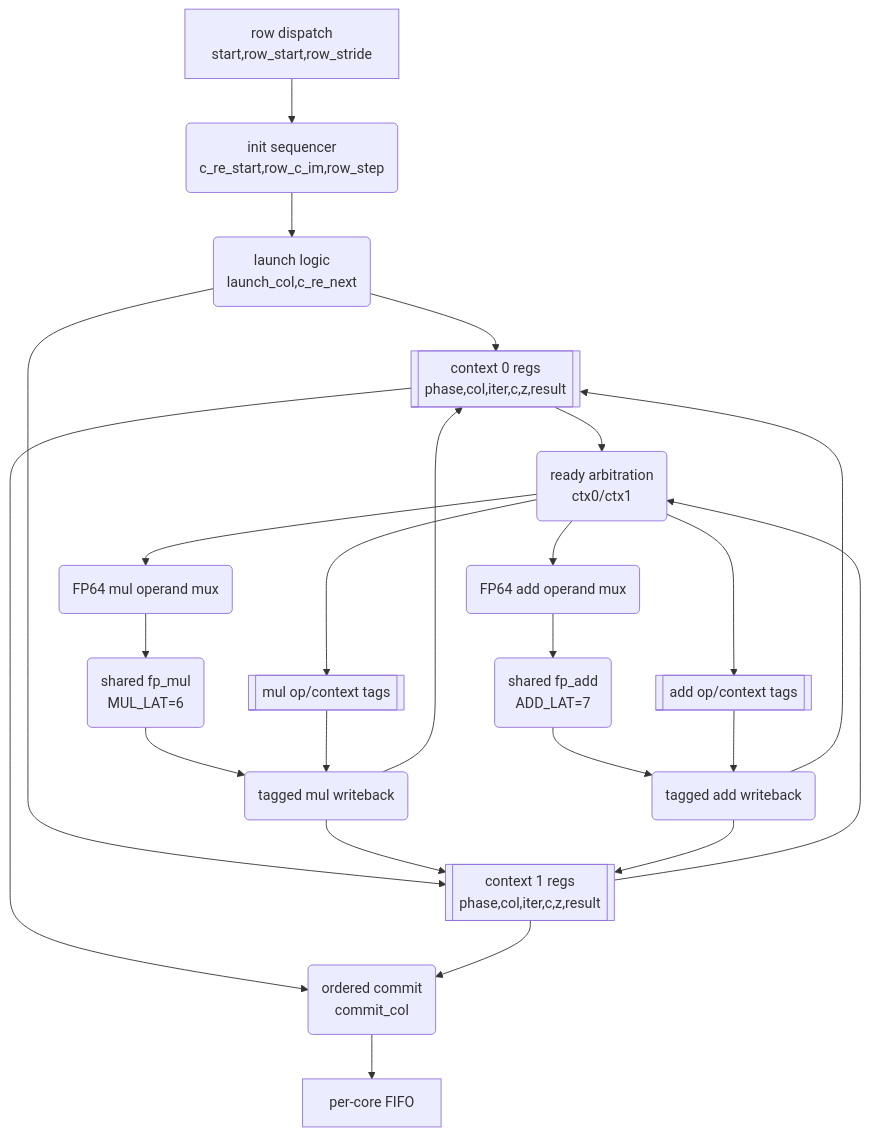
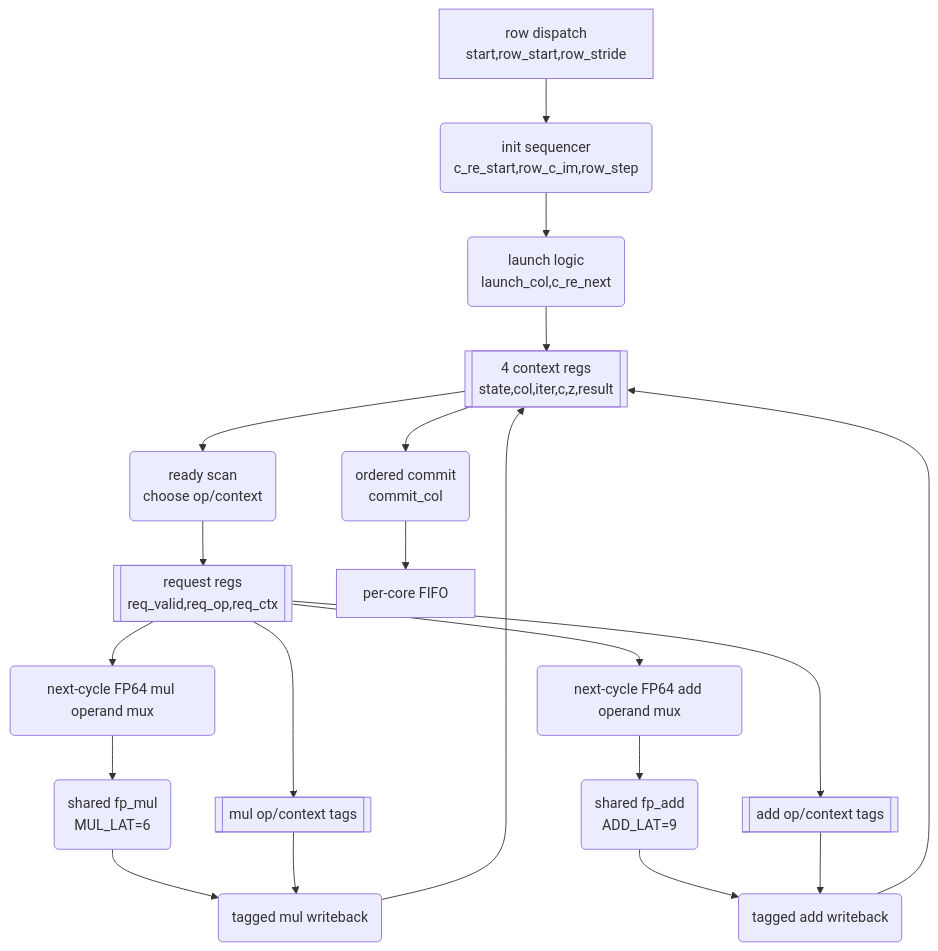
The diagram in doc/ARCHITECTURE_CN.md (RESBI/FPGA-Mandelbrot-Demo), drawn with Mermaid before and after one commit. The commit also changed other lines of this file and 27 other files, not shown here.

````diff
--- a/doc/ARCHITECTURE_CN.md
+++ b/doc/ARCHITECTURE_CN.md
@@ -107,26 +140,22 @@
 ```mermaid
 flowchart TB
     DISPATCH["row dispatch<br/>start,row_start,row_stride"] --> INIT("init sequencer<br/>c_re_start,row_c_im,row_step")
     INIT --> LAUNCH("launch logic<br/>launch_col,c_re_next")
-    LAUNCH --> C0[["context 0 regs<br/>phase,col,iter,c,z,result"]]
-    LAUNCH --> C1[["context 1 regs<br/>phase,col,iter,c,z,result"]]
-    C0 --> ARB("ready arbitration<br/>ctx0/ctx1")
-    C1 --> ARB
-    ARB --> MUXM("FP64 mul operand mux")
-    ARB --> MUXA("FP64 add operand mux")
+    LAUNCH --> CTX[["4 context regs<br/>state,col,iter,c,z,result"]]
+    CTX --> ARB("ready scan<br/>choose op/context")
+    ARB --> REQ[["request regs<br/>req_valid,req_op,req_ctx"]]
+    REQ --> MUXM("next-cycle FP64 mul operand mux")
+    REQ --> MUXA("next-cycle FP64 add operand mux")
     MUXM --> MUL("shared fp_mul<br/>MUL_LAT=6")
-    MUXA --> ADD("shared fp_add<br/>ADD_LAT=7")
-    ARB --> MTAG[["mul op/context tags"]]
-    ARB --> ATAG[["add op/context tags"]]
+    MUXA --> ADD("shared fp_add<br/>ADD_LAT=9")
+    REQ --> MTAG[["mul op/context tags"]]
+    REQ --> ATAG[["add op/context tags"]]
     MUL --> MWR("tagged mul writeback")
     MTAG --> MWR
     ADD --> AWR("tagged add writeback")
     ATAG --> AWR
-    MWR --> C0
-    MWR --> C1
-    AWR --> C0
-    AWR --> C1
-    C0 --> COMMIT("ordered commit<br/>commit_col")
-    C1 --> COMMIT
+    MWR --> CTX
+    AWR --> CTX
+    CTX --> COMMIT("ordered commit<br/>commit_col")
     COMMIT --> FIFO["per-core FIFO"]
 ```
````
